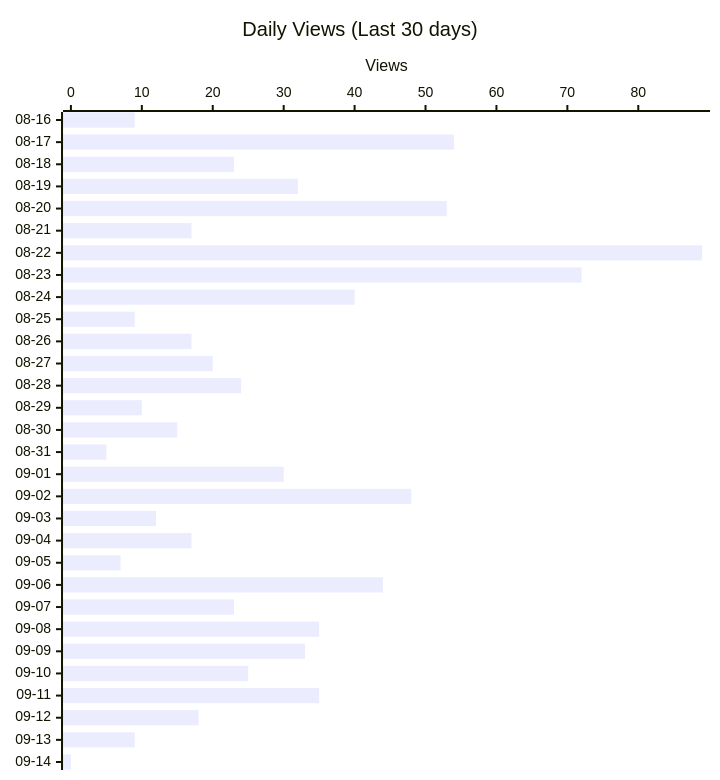
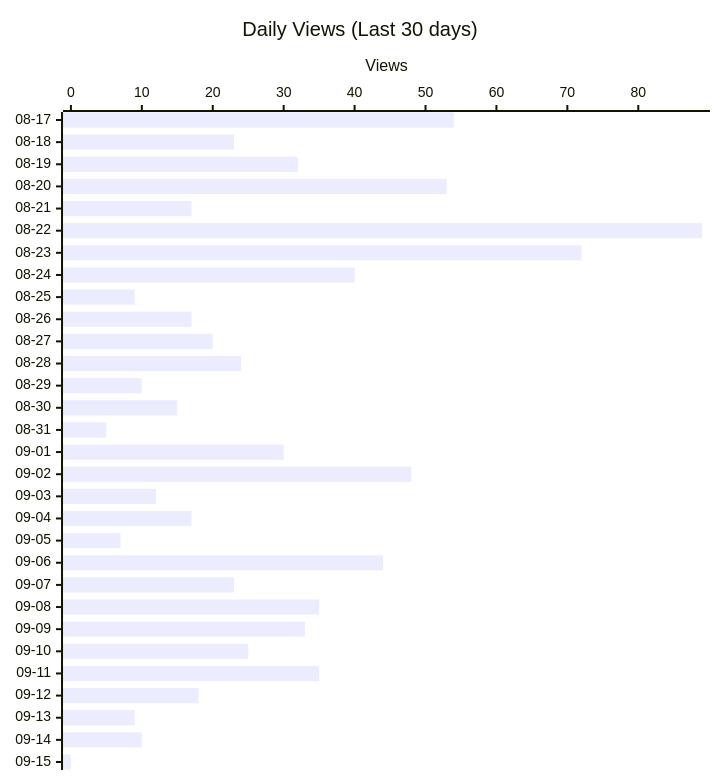
Before and after one commit to shigechika/github-insights: the second of 4 diagrams in README.md, drawn with Mermaid. The commit also changed other lines of this file and 2 other files, not shown here.

````diff
--- a/README.md
+++ b/README.md
@@ -28,12 +28,12 @@
 ```mermaid
 ---
 config:
   xyChart:
     height: 760
 ---
 xychart-beta horizontal
     title "Daily Views (Last 30 days)"
-    x-axis ["08-16", "08-17", "08-18", "08-19", "08-20", "08-21", "08-22", "08-23", "08-24", "08-25", "08-26", "08-27", "08-28", "08-29", "08-30", "08-31", "09-01", "09-02", "09-03", "09-04", "09-05", "09-06", "09-07", "09-08", "09-09", "09-10", "09-11", "09-12", "09-13", "09-14"]
+    x-axis ["08-17", "08-18", "08-19", "08-20", "08-21", "08-22", "08-23", "08-24", "08-25", "08-26", "08-27", "08-28", "08-29", "08-30", "08-31", "09-01", "09-02", "09-03", "09-04", "09-05", "09-06", "09-07", "09-08", "09-09", "09-10", "09-11", "09-12", "09-13", "09-14", "09-15"]
     y-axis "Views"
-    bar [9, 54, 23, 32, 53, 17, 89, 72, 40, 9, 17, 20, 24, 10, 15, 5, 30, 48, 12, 17, 7, 44, 23, 35, 33, 25, 35, 18, 9, 0]
+    bar [54, 23, 32, 53, 17, 89, 72, 40, 9, 17, 20, 24, 10, 15, 5, 30, 48, 12, 17, 7, 44, 23, 35, 33, 25, 35, 18, 9, 10, 0]
 ```
````
